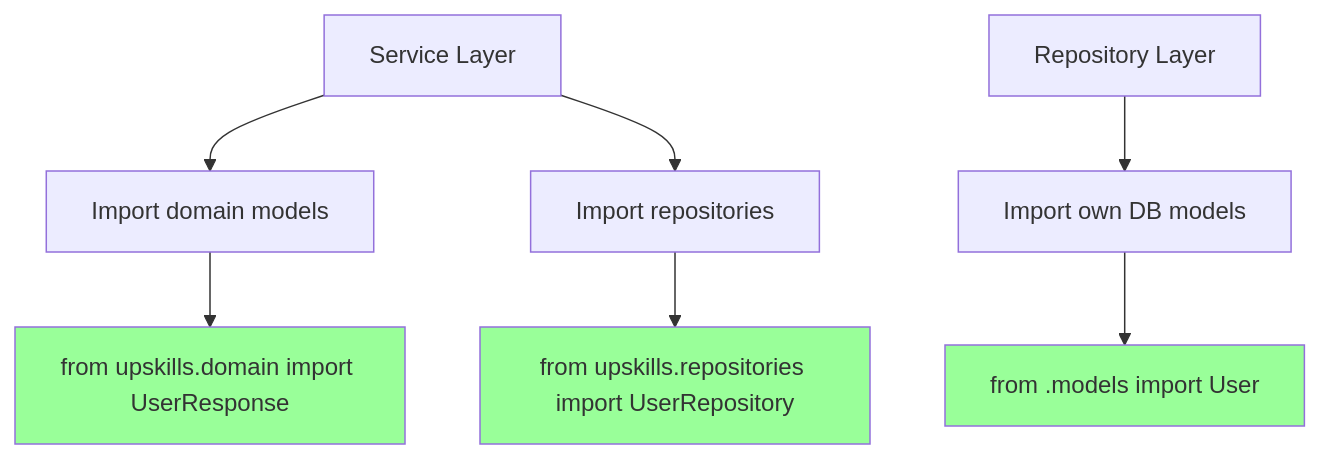
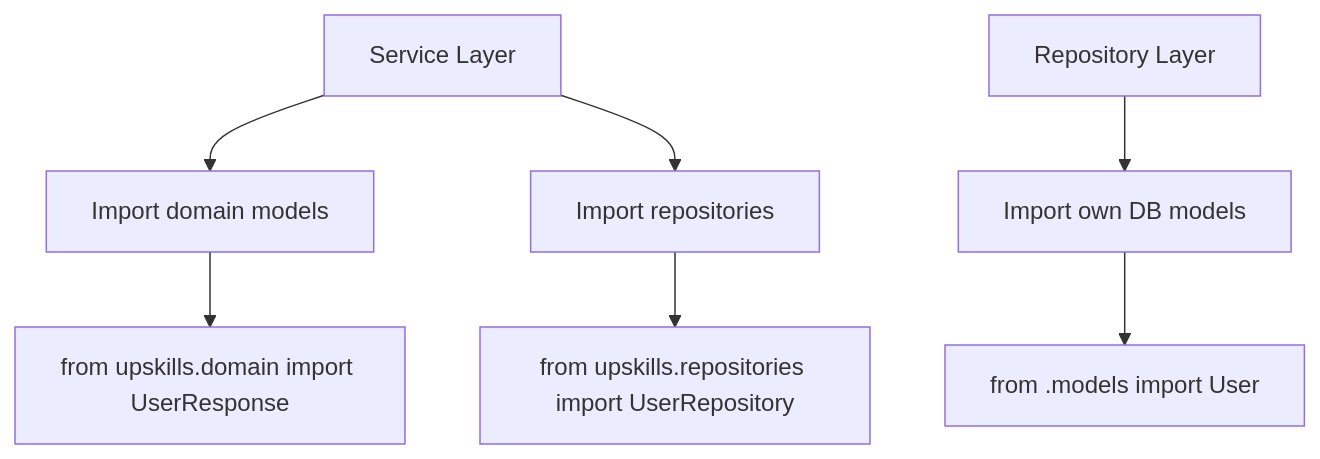
Before and after one commit to ELC/upskilling: the fourth of 6 diagrams in docs/changes_from_restructure-fastapi-app_to_restructure-models.md, drawn with Mermaid. The commit also changed other lines of this file, not shown here.

````diff
--- a/docs/changes_from_restructure-fastapi-app_to_restructure-models.md
+++ b/docs/changes_from_restructure-fastapi-app_to_restructure-models.md
@@ -154,15 +144,11 @@
 ```mermaid
 graph TD
     A[Service Layer] --> B[Import domain models]
     A --> C[Import repositories]
     
     B --> D["from upskills.domain import UserResponse"]
     C --> E["from upskills.repositories import UserRepository"]
     
     F[Repository Layer] --> G[Import own DB models]
     G --> H["from .models import User"]
-    
-    style D fill:#99ff99
-    style E fill:#99ff99
-    style H fill:#99ff99
 ```
````
